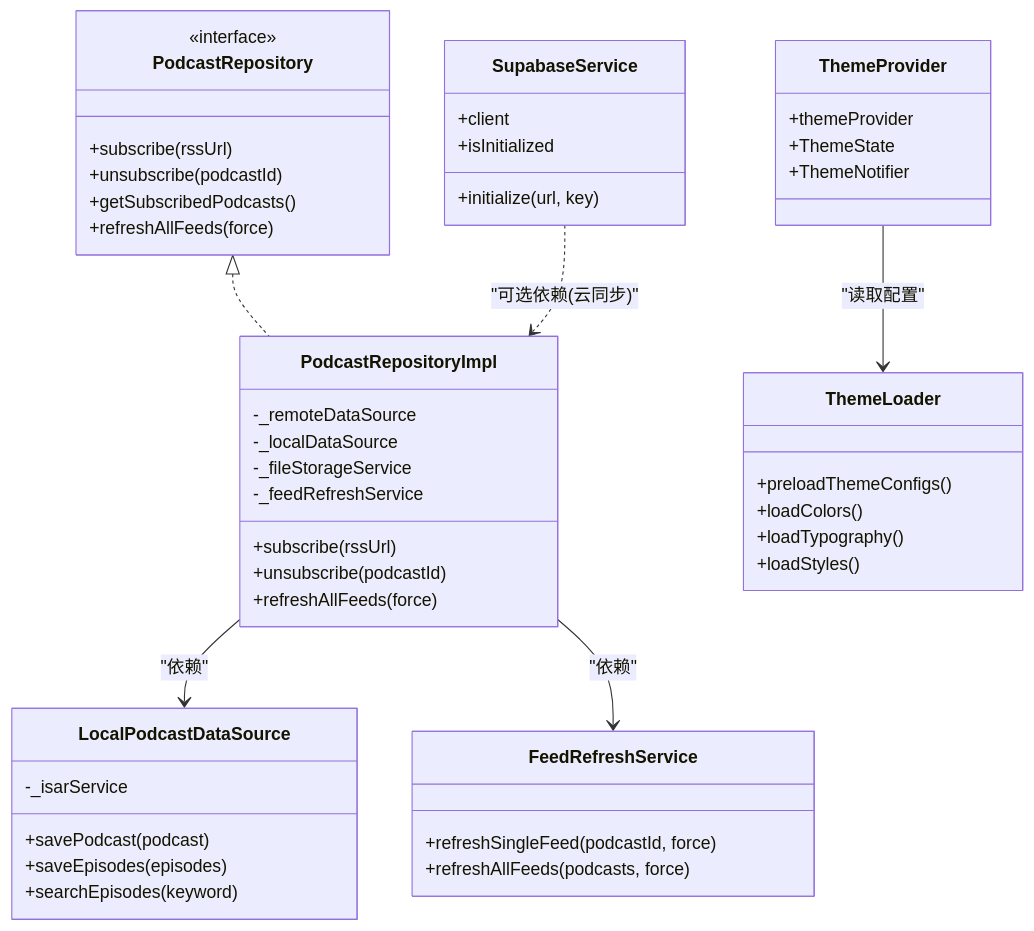
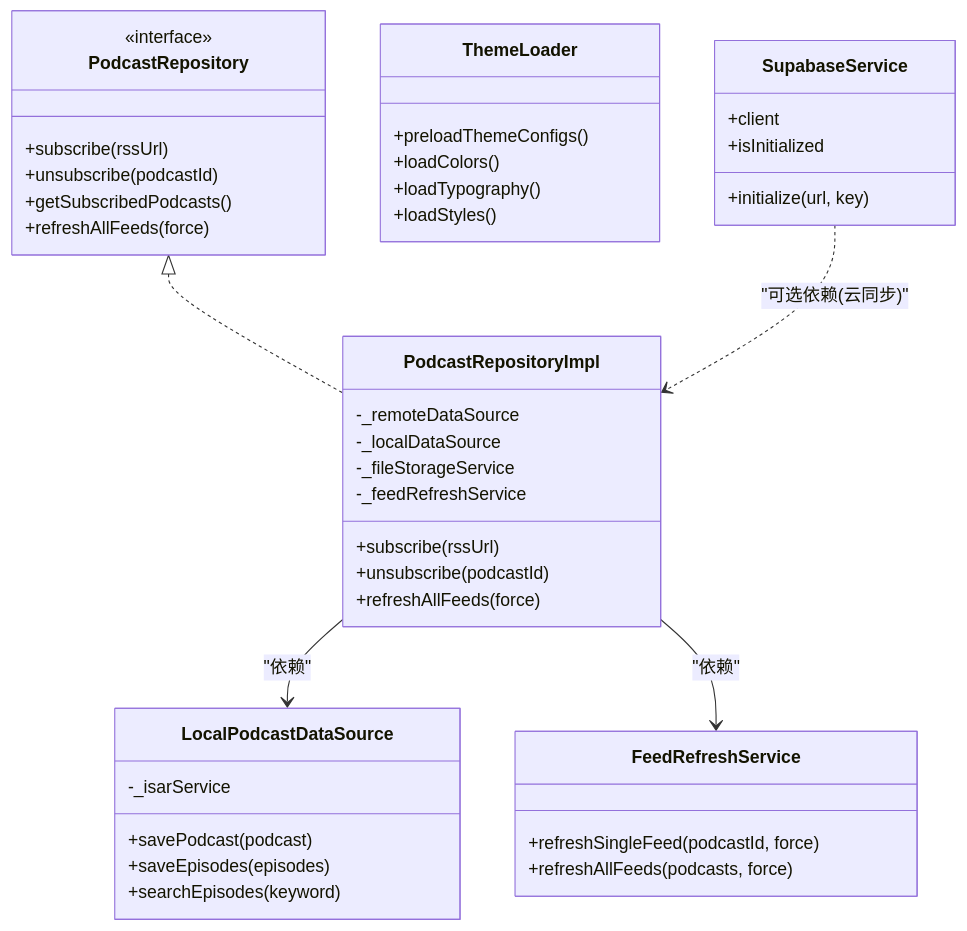
The second of 7 diagrams in .qoder/repowiki/zh/content/扩展开发/扩展开发.md (ZTfer/Tinycast), drawn with Mermaid before and after one commit. The commit also changed other lines of this file and 34 other files, not shown here.

````diff
--- a/.qoder/repowiki/zh/content/扩展开发/扩展开发.md
+++ b/.qoder/repowiki/zh/content/扩展开发/扩展开发.md
@@ -104,50 +104,44 @@
 ```mermaid
 classDiagram
 class PodcastRepository {
 <<interface>>
 +subscribe(rssUrl)
 +unsubscribe(podcastId)
 +getSubscribedPodcasts()
 +refreshAllFeeds(force)
 }
 class PodcastRepositoryImpl {
 -_remoteDataSource
 -_localDataSource
 -_fileStorageService
 -_feedRefreshService
 +subscribe(rssUrl)
 +unsubscribe(podcastId)
 +refreshAllFeeds(force)
 }
 class LocalPodcastDataSource {
 -_isarService
 +savePodcast(podcast)
 +saveEpisodes(episodes)
 +searchEpisodes(keyword)
 }
 class FeedRefreshService {
 +refreshSingleFeed(podcastId, force)
 +refreshAllFeeds(podcasts, force)
 }
-class ThemeProvider {
-+themeProvider
-+ThemeState
-+ThemeNotifier
-}
 class ThemeLoader {
 +preloadThemeConfigs()
 +loadColors()
 +loadTypography()
 +loadStyles()
 }
 class SupabaseService {
 +initialize(url, key)
 +client
 +isInitialized
 }
 PodcastRepository <|.. PodcastRepositoryImpl
 PodcastRepositoryImpl --> LocalPodcastDataSource : "依赖"
 PodcastRepositoryImpl --> FeedRefreshService : "依赖"
-ThemeProvider --> ThemeLoader : "读取配置"
 SupabaseService ..> PodcastRepositoryImpl : "可选依赖(云同步)"
 ```
````
